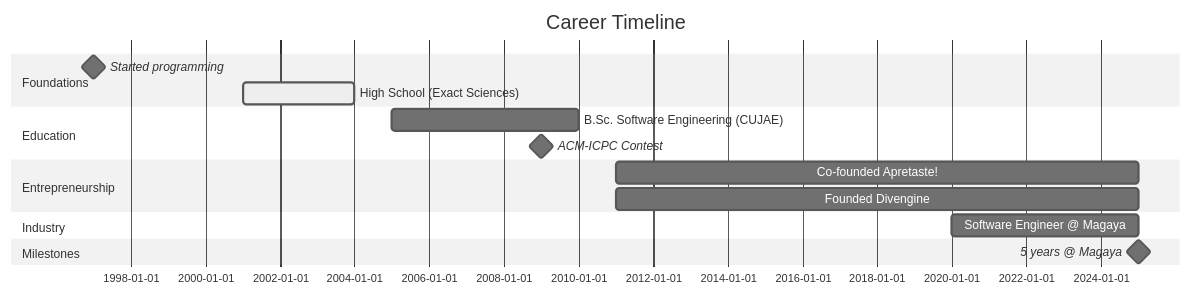
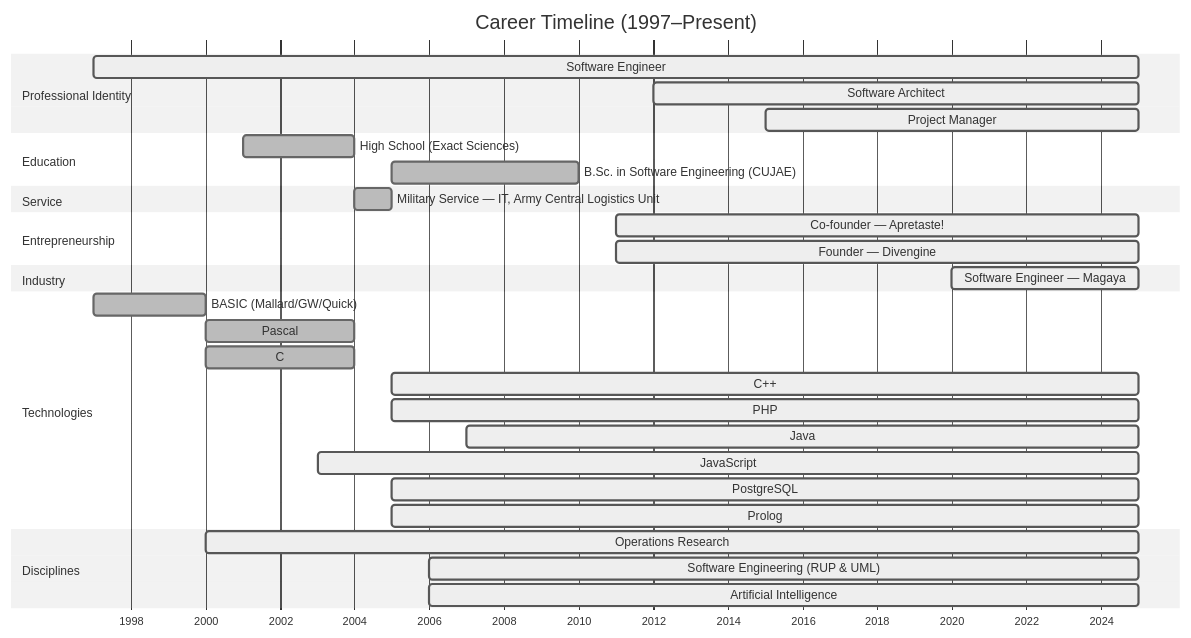
One commit to rafageist/rafageist changed the diagram in README.md. Above: the diagram before and after it, drawn with Mermaid (neutral theme).

````diff
--- a/README.md
+++ b/README.md
@@ -25,24 +25,42 @@
 ```mermaid
 gantt
   dateFormat  YYYY
-  title  Career Timeline
+  axisFormat  %Y
+  title  Career Timeline (1997–Present)
+  todayMarker on
 
-  section Foundations
-  Started programming                  :milestone, m1, 1997, 0y
-  High School (Exact Sciences)         :active,    2001, 2004
+  section Professional Identity
+  Software Engineer                         :active, se, 1997, 2025
+  Software Architect                        :active, sa, 2012, 2025
+  Project Manager                           :active, pm, 2015, 2025
 
   section Education
-  B.Sc. Software Engineering (CUJAE)   :           2005, 2010
-  ACM-ICPC Contest                     :milestone, m2, 2009, 0y
+  High School (Exact Sciences)              :done,  hs, 2001, 2004
+  B.Sc. in Software Engineering (CUJAE)     :done,  bs, 2005, 2010
+
+  section Service
+  Military Service — IT, Army Central Logistics Unit :done, mil, 2004, 2005
 
   section Entrepreneurship
-  Co-founded Apretaste!                :           2011, 2025
-  Founded Divengine                    :           2011, 2025
+  Co‑founder — Apretaste!                   :active, ap, 2011, 2025
+  Founder — Divengine                       :active, de, 2011, 2025
 
   section Industry
-  Software Engineer @ Magaya           :           2020, 2025
+  Software Engineer — Magaya                :active, mg, 2020, 2025
 
-  section Milestones
-  5 years @ Magaya                     :milestone, m3, 2025, 0y
+  section Technologies
+  BASIC (Mallard/GW/Quick)                  :done,   bas, 1997, 2000
+  Pascal                                    :done,   pas, 2000, 2004
+  C                                         :done,   c,   2000, 2004
+  C++                                       :active, cpp, 2005, 2025
+  PHP                                       :active, php, 2005, 2025
+  Java                                      :active, jav, 2007, 2025
+  JavaScript                                :active, js,  2003, 2025
+  PostgreSQL                                :active, pg,  2005, 2025
+  Prolog                                    :active, pl,  2005, 2025
 
+  section Disciplines
+  Operations Research                       :active, or,  2000, 2025
+  Software Engineering (RUP & UML)          :active, rup, 2006, 2025
+  Artificial Intelligence                   :active, ai,  2006, 2025
 ```
````
